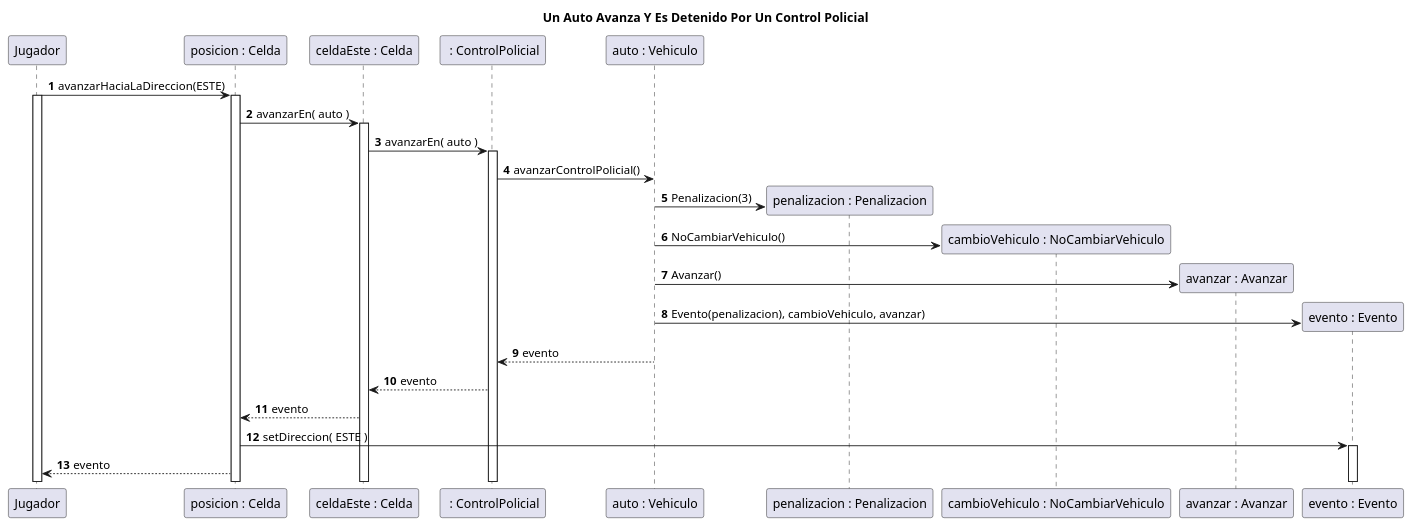
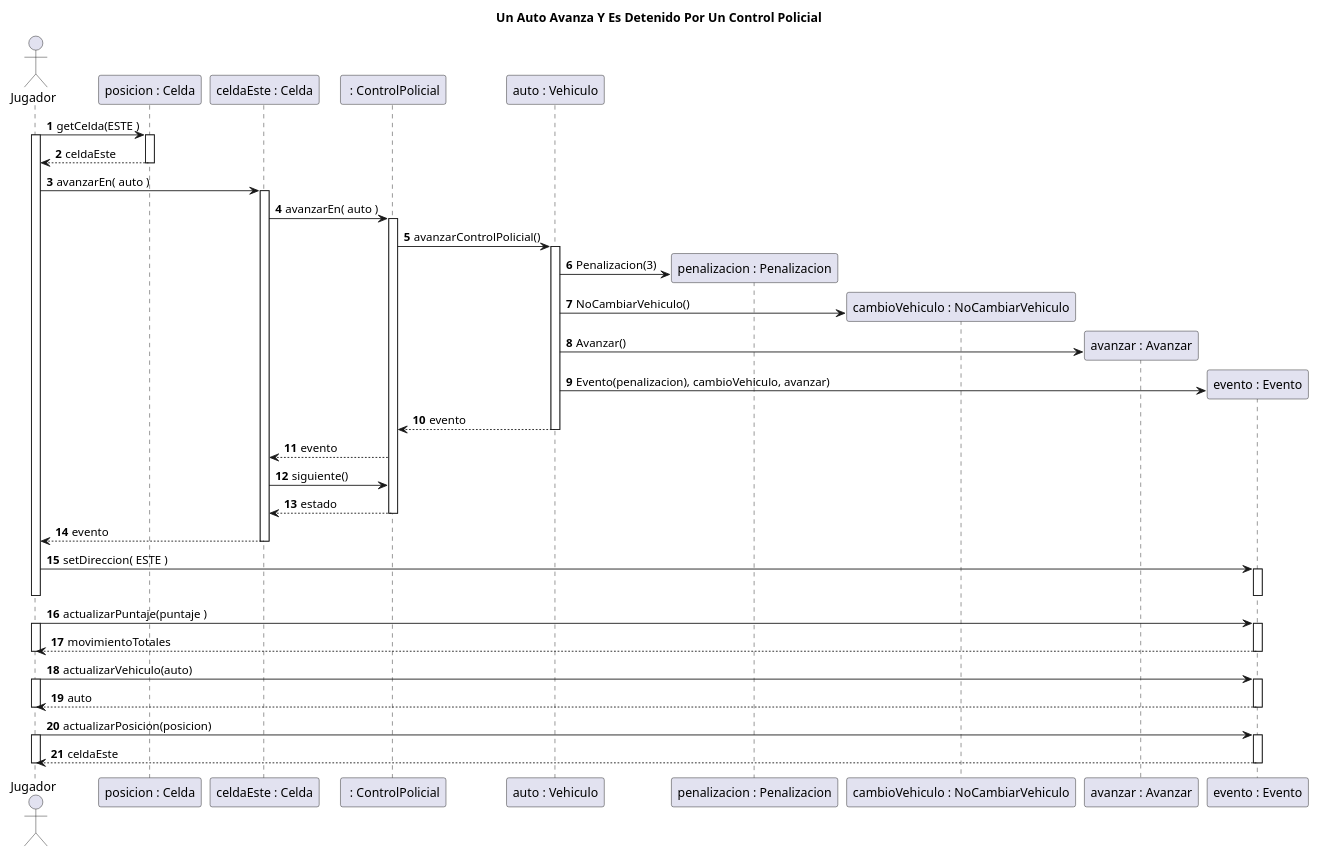
The diagram in diagrams/sequences/entrega3/AutoAvanzaYEsDetenidoporControlPolicial.puml (rodrigovzq/algo3_tp2), drawn with PlantUML before and after one commit. The commit also changed 6 other files, not shown here.

Commit message:
Actualize diagramas primera entrega

```diff
--- a/diagrams/sequences/entrega3/AutoAvanzaYEsDetenidoporControlPolicial.puml
+++ b/diagrams/sequences/entrega3/AutoAvanzaYEsDetenidoporControlPolicial.puml
@@ -1,34 +1,62 @@
 @startuml
 title Un Auto Avanza Y Es Detenido Por Un Control Policial
 
 autonumber
+actor Jugador
 
-Jugador -> "posicion : Celda"++: avanzarHaciaLaDireccion(ESTE)
-
+Jugador -> "posicion : Celda"++: getCelda(ESTE )
 activate Jugador
-"posicion : Celda" -> "celdaEste : Celda"++: avanzarEn( auto )
-
+"posicion : Celda" --> Jugador: celdaEste
+deactivate "posicion : Celda"
+ Jugador -> "celdaEste : Celda"++: avanzarEn( auto )
 
 "celdaEste : Celda" -> " : ControlPolicial"++: avanzarEn( auto )
 
-" : ControlPolicial" -> "auto : Vehiculo": avanzarControlPolicial()
+" : ControlPolicial" -> "auto : Vehiculo"++: avanzarControlPolicial()
 
 create "penalizacion : Penalizacion"
 "auto : Vehiculo"-> "penalizacion : Penalizacion": Penalizacion(3)
 
 create "cambioVehiculo : NoCambiarVehiculo"
 "auto : Vehiculo"-> "cambioVehiculo : NoCambiarVehiculo": NoCambiarVehiculo()
 
 create "avanzar : Avanzar"
 "auto : Vehiculo"-> "avanzar : Avanzar": Avanzar()
 
 create "evento : Evento"
 "auto : Vehiculo" -> "evento : Evento": Evento(penalizacion), cambioVehiculo, avanzar)
 
 "auto : Vehiculo" --> " : ControlPolicial": evento
+deactivate "auto : Vehiculo"
+
 " : ControlPolicial" --> "celdaEste : Celda": evento
-"celdaEste : Celda" --> "posicion : Celda": evento
-"posicion : Celda" -> "evento : Evento"++: setDireccion( ESTE )
-"posicion : Celda" --> Jugador : evento
+"celdaEste : Celda" -> " : ControlPolicial": siguiente()
+" : ControlPolicial" --> "celdaEste : Celda": estado
+deactivate " : ControlPolicial"
 
+"celdaEste : Celda" --> Jugador: evento
+deactivate "celdaEste : Celda"
+
+Jugador -> "evento : Evento"++: setDireccion( ESTE )
+deactivate "evento : Evento"
+
+
+ deactivate "posicion : Celda"
+
+deactivate Jugador
+Jugador -> "evento : Evento"++: actualizarPuntaje(puntaje )
+activate Jugador
+
+Jugador <-- "evento : Evento"--: movimientoTotales
+deactivate Jugador
+
+Jugador -> "evento : Evento"++: actualizarVehiculo(auto)
+activate Jugador
+Jugador <-- "evento : Evento"--: auto
+deactivate Jugador
+
+Jugador -> "evento : Evento"++: actualizarPosicion(posicion)
+activate Jugador
+Jugador <-- "evento : Evento"--: celdaEste
+deactivate Jugador
 @enduml
```
